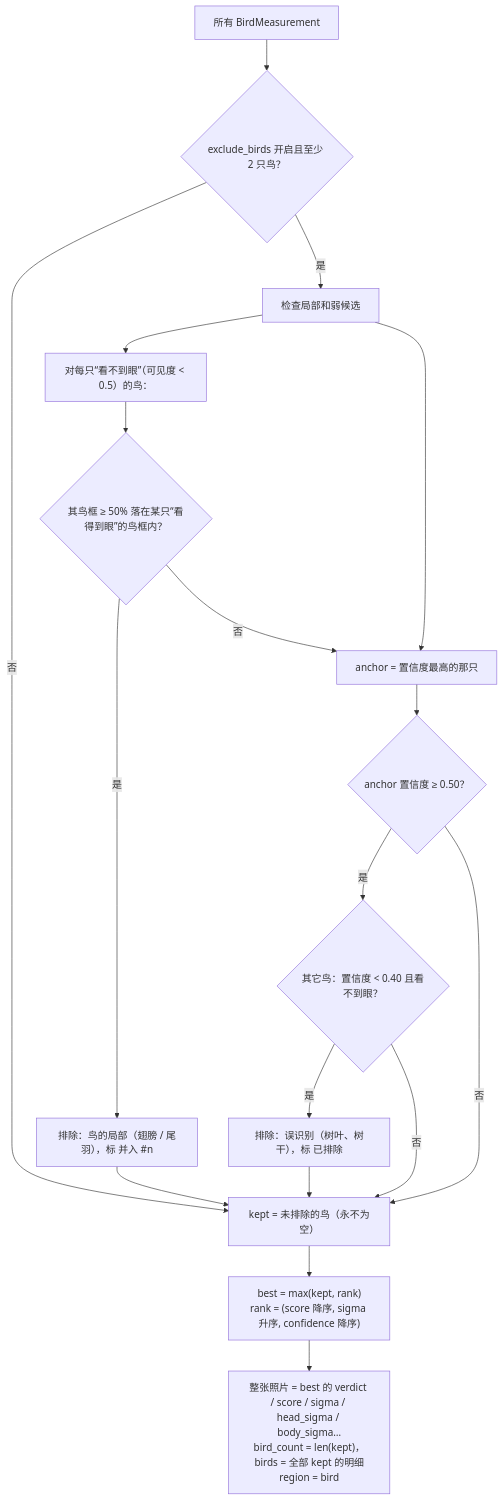
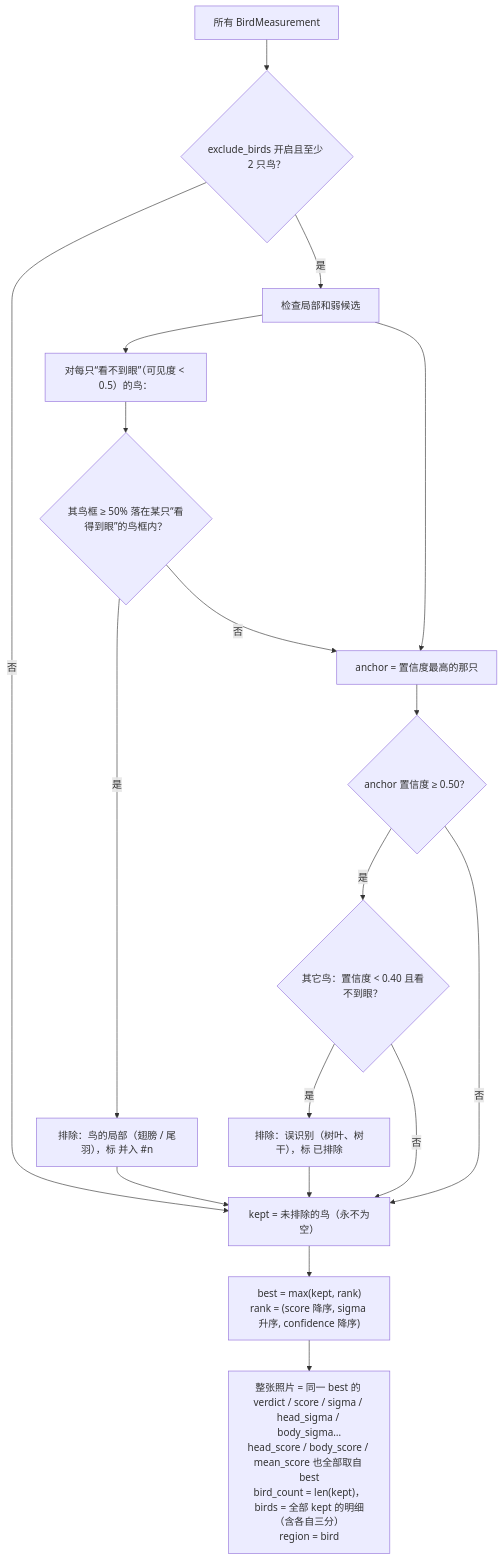
One commit to OscarKing888/SuperBirdTools changed diagram 15 of 21 in docs/bird_sharpness_flowchart.md. Above: the diagram before and after it, drawn with Mermaid. The commit also changed other lines of this file and 15 other files, not shown here.

Commit message:
Add independent head body and mean bird sharpness scores

````diff
--- a/docs/bird_sharpness_flowchart.md
+++ b/docs/bird_sharpness_flowchart.md
@@ -433,20 +455,20 @@
 ```mermaid
 flowchart TD
     A0["所有 BirdMeasurement"] --> P{"exclude_birds 开启且至少 2 只鸟？"}
     P -->|否| I
     P -->|是| A["检查局部和弱候选"]
     A --> B["对每只“看不到眼”（可见度 < 0.5）的鸟："]
     B --> C{"其鸟框 ≥ 50% 落在某只“看得到眼”的鸟框内？"}
     C -->|是| D["排除：鸟的局部（翅膀 / 尾羽），标 并入 #n"]
     C -->|否| E
     A --> E["anchor = 置信度最高的那只"]
     E --> F{"anchor 置信度 ≥ 0.50？"}
     F -->|是| G{"其它鸟：置信度 < 0.40 且看不到眼？"}
     G -->|是| H["排除：误识别（树叶、树干），标 已排除"]
     G -->|否| I
     F -->|否| I
     D --> I["kept = 未排除的鸟（永不为空）"]
     H --> I
     I --> J["best = max(kept, rank)<br/>rank = (score 降序, sigma 升序, confidence 降序)"]
-    J --> K["整张照片 = best 的 verdict / score / sigma / head_sigma / body_sigma…<br/>bird_count = len(kept)，birds = 全部 kept 的明细<br/>region = bird"]
+    J --> K["整张照片 = 同一 best 的 verdict / score / sigma / head_sigma / body_sigma…<br/>head_score / body_score / mean_score 也全部取自 best<br/>bird_count = len(kept)，birds = 全部 kept 的明细（含各自三分）<br/>region = bird"]
 ```
````
